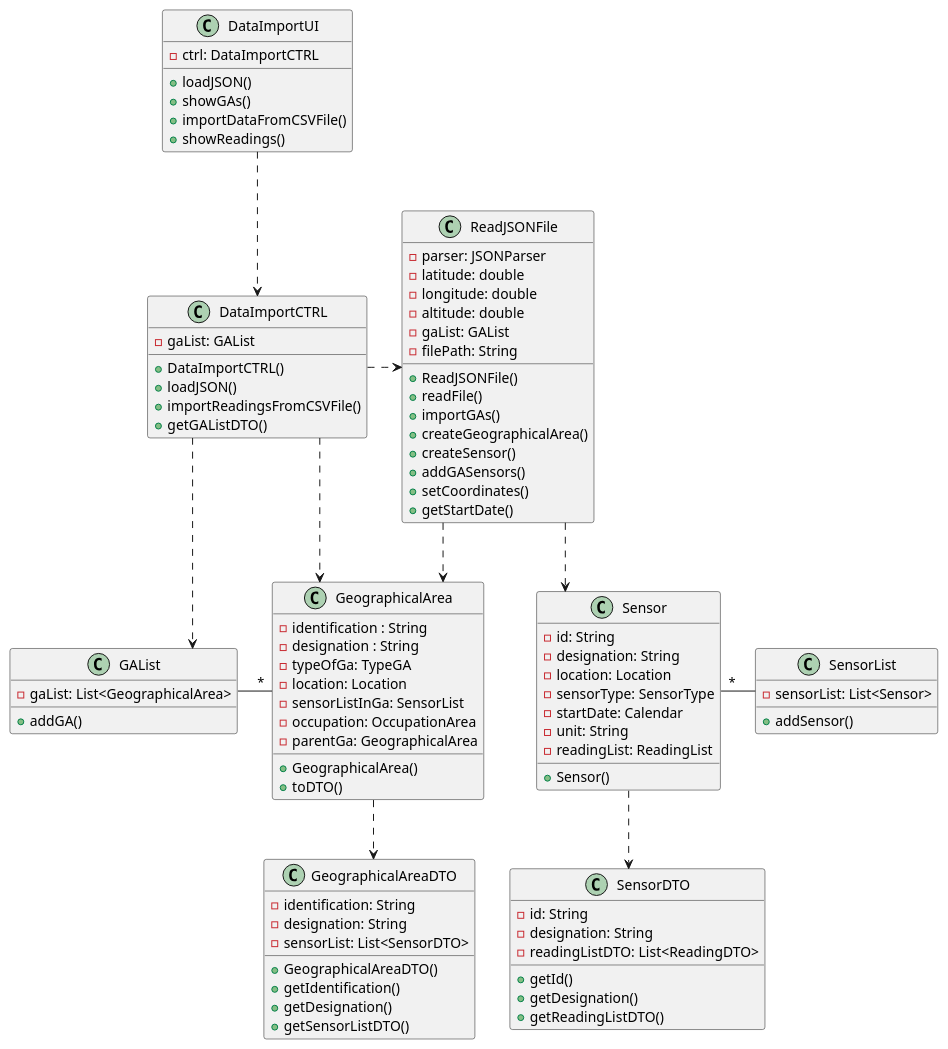
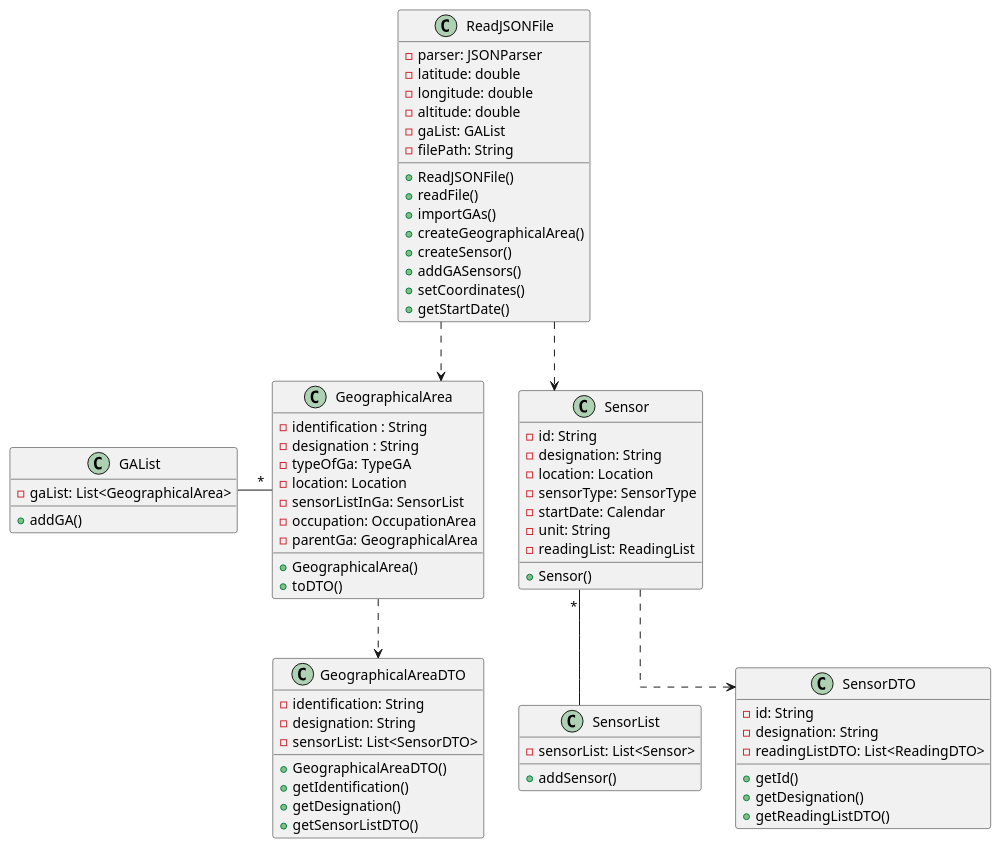
Before and after one commit to emanuel-pereira/hou: the diagram in src/main/java/smarthome/controller/classDiagrams/cd_ImportGAsAndSensors.puml, drawn with PlantUML.

Commit message:
Correction of the ImportGAsAndSensors class diagram

```diff
--- a/src/main/java/smarthome/controller/classDiagrams/cd_ImportGAsAndSensors.puml
+++ b/src/main/java/smarthome/controller/classDiagrams/cd_ImportGAsAndSensors.puml
@@ -1,115 +1,95 @@
 @startuml
 skinparam linetype ortho
 
-class DataImportUI{
-- ctrl: DataImportCTRL
-
-+ loadJSON()
-+ showGAs()
-+ importDataFromCSVFile()
-+ showReadings()
-}
-
-class DataImportCTRL{
-- gaList: GAList
-
-+ DataImportCTRL()
-+ loadJSON()
-+ importReadingsFromCSVFile()
-+ getGAListDTO()
-}
 
 class ReadJSONFile {
 - parser: JSONParser
 - latitude: double
 - longitude: double
 - altitude: double
 - gaList: GAList
 - filePath: String
 
 + ReadJSONFile()
 + readFile()
 + importGAs()
 + createGeographicalArea()
 + createSensor()
 + addGASensors()
 + setCoordinates()
 + getStartDate()
 }
 
 class GeographicalArea {
 - identification : String
 - designation : String
 - typeOfGa: TypeGA
 - location: Location
 - sensorListInGa: SensorList
 - occupation: OccupationArea
 - parentGa: GeographicalArea
 
 + GeographicalArea()
 + toDTO()
  }
 
  class GeographicalAreaDTO{
  - identification: String
  - designation: String
  - sensorList: List<SensorDTO>
 
  + GeographicalAreaDTO()
  + getIdentification()
  + getDesignation()
  + getSensorListDTO()
  }
 
  class Sensor {
  - id: String
  - designation: String
  - location: Location
  - sensorType: SensorType
  - startDate: Calendar
  - unit: String
  - readingList: ReadingList
  + Sensor()
  }
 
 class SensorList{
 - sensorList: List<Sensor>
 
 + addSensor()
 }
 
 class SensorDTO{
 - id: String
 - designation: String
 - readingListDTO: List<ReadingDTO>
 
 + getId()
 + getDesignation()
 + getReadingListDTO()
 }
 
  class GAList {
 - gaList: List<GeographicalArea>
 
 + addGA()
   }
 
-DataImportUI ..> DataImportCTRL
-DataImportCTRL .> ReadJSONFile
-DataImportCTRL ..> GAList
-DataImportCTRL ..> GeographicalArea
+
 
 ReadJSONFile ..> GeographicalArea
 ReadJSONFile ..> Sensor
 
 GeographicalArea ..> GeographicalAreaDTO
 Sensor ..> SensorDTO
 
 
 
-Sensor"*" - SensorList
+Sensor"*" -- SensorList
 GAList - "*"GeographicalArea
 
 
 
 @enduml
```
